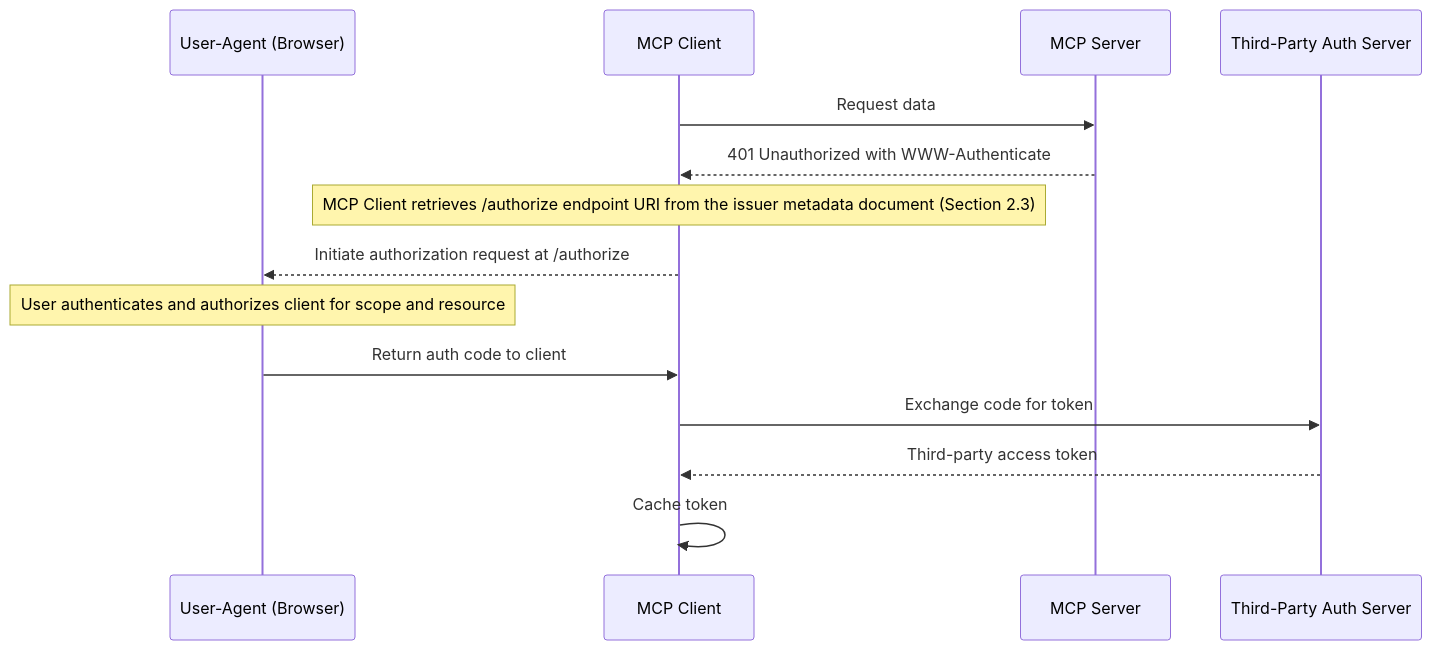
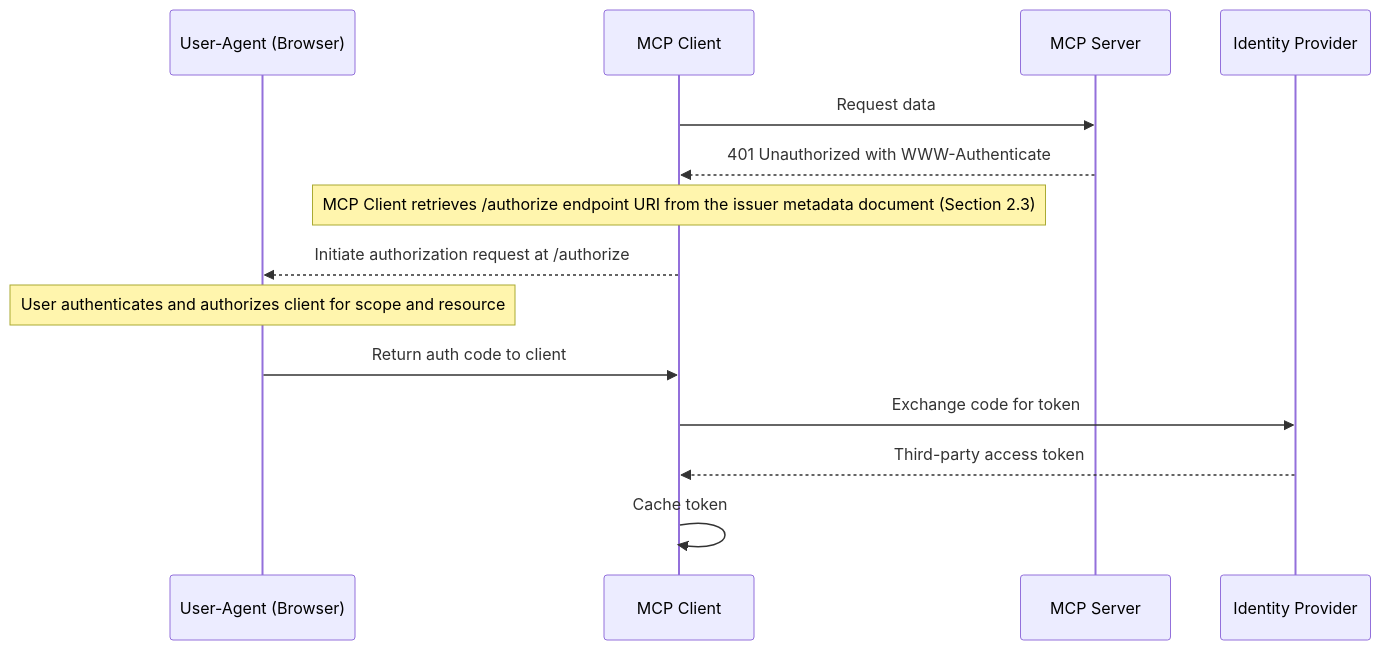
Before and after one commit to pcarleton/specification: the third of 5 diagrams in docs/specification/2025-03-26/basic/authorization.mdx, drawn with Mermaid. The commit also changed other lines of this file, not shown here.

````diff
--- a/docs/specification/2025-03-26/basic/authorization.mdx
+++ b/docs/specification/2025-03-26/basic/authorization.mdx
@@ -222,17 +222,17 @@
 ```mermaid
 sequenceDiagram
     participant UA as User-Agent (Browser)
     participant MC as MCP Client
     participant MS as MCP Server
-    participant IDP as Third-Party Auth Server
+    participant IDP as Identity Provider
 
     MC->>MS: Request data
     MS-->>MC: 401 Unauthorized with WWW-Authenticate
     Note over MC: MCP Client retrieves /authorize endpoint URI from the issuer metadata document (Section 2.3)
     MC-->>UA: Initiate authorization request at /authorize
     Note over UA: User authenticates and authorizes client for scope and resource
     UA->>MC: Return auth code to client
     MC->>IDP: Exchange code for token
     IDP-->>MC: Third-party access token
     MC->>MC: Cache token
 ```
````
